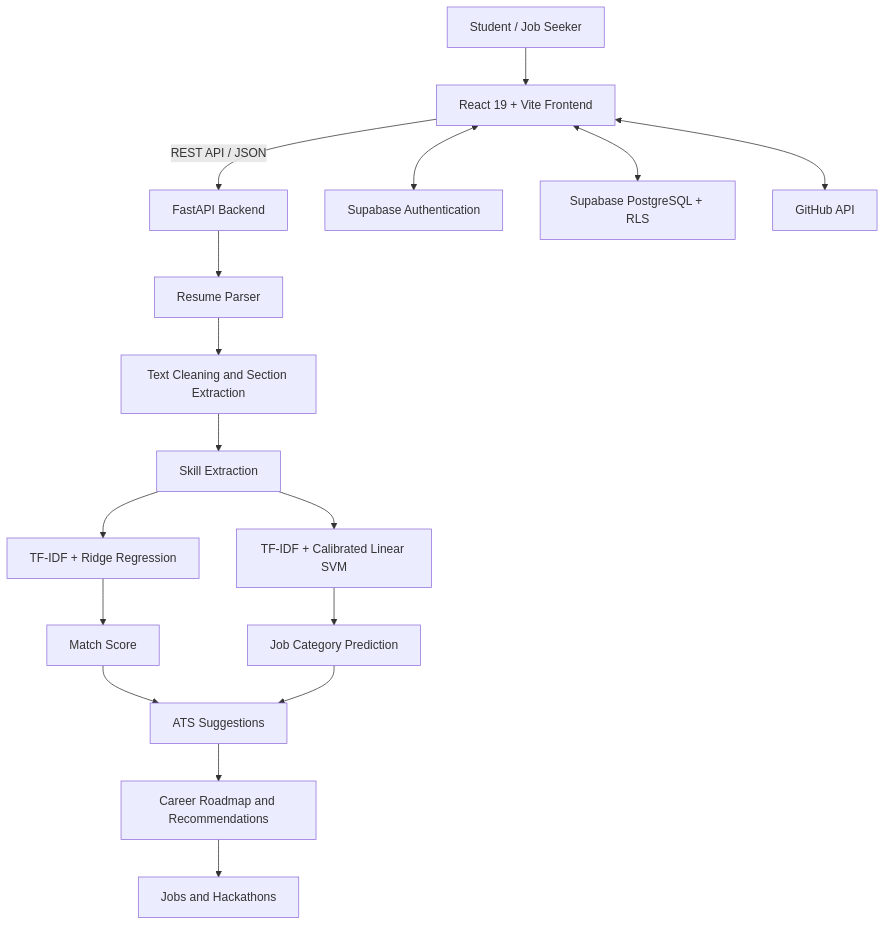
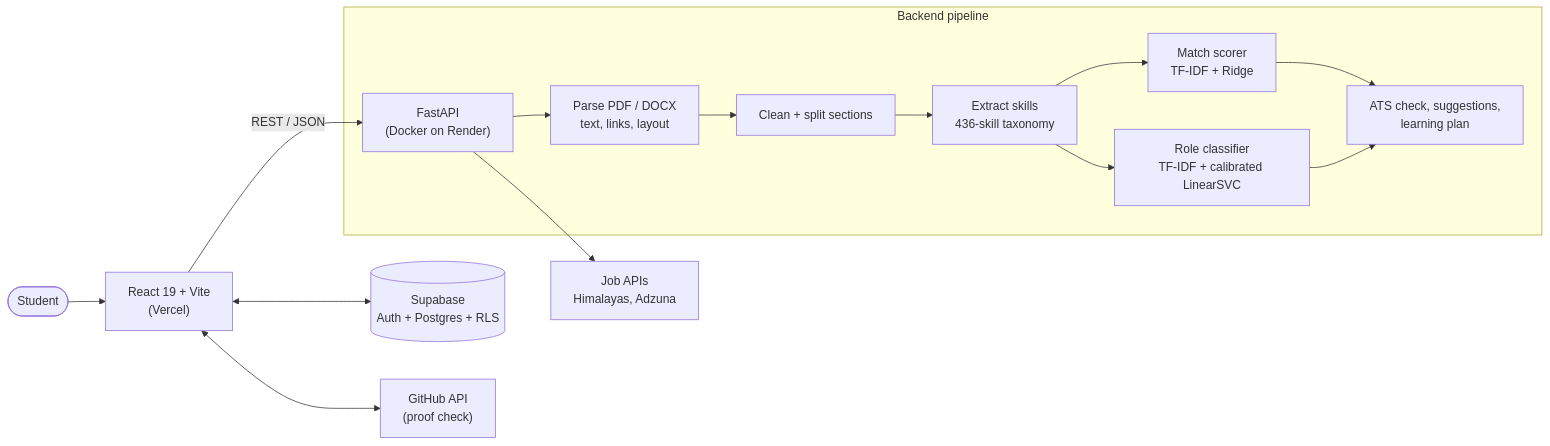
One commit to Suri-618/AI-Resume-Analyzer changed the diagram in README.md. Above: the diagram before and after it, drawn with Mermaid. The commit also changed other lines of this file, not shown here.

````diff
--- a/README.md
+++ b/README.md
@@ -183,27 +76,17 @@
 ```mermaid
-flowchart TD
-    A[Student / Job Seeker]
-
-    A --> B[React 19 + Vite Frontend]
-
-    B -->|REST API / JSON| C[FastAPI Backend]
-    B <--> D[Supabase Authentication]
-    B <--> E[Supabase PostgreSQL + RLS]
-    B <--> F[GitHub API]
-
-    C --> G[Resume Parser]
-    G --> H[Text Cleaning and Section Extraction]
-    H --> I[Skill Extraction]
-
-    I --> J[TF-IDF + Ridge Regression]
-    I --> K[TF-IDF + Calibrated Linear SVM]
-
-    J --> L[Match Score]
-    K --> M[Job Category Prediction]
-
-    L --> N[ATS Suggestions]
-    M --> N
-
-    N --> O[Career Roadmap and Recommendations]
-    O --> P[Jobs and Hackathons]
+flowchart LR
+    U([Student]) --> FE["React 19 + Vite<br/>(Vercel)"]
+    FE -- "REST / JSON" --> API["FastAPI<br/>(Docker on Render)"]
+    FE <--> SB[("Supabase<br/>Auth + Postgres + RLS")]
+    FE <--> GH["GitHub API<br/>(proof check)"]
+    subgraph Backend pipeline
+      API --> P["Parse PDF / DOCX<br/>text, links, layout"]
+      P --> C[Clean + split sections]
+      C --> S["Extract skills<br/>436-skill taxonomy"]
+      S --> M["Match scorer<br/>TF-IDF + Ridge"]
+      S --> R["Role classifier<br/>TF-IDF + calibrated LinearSVC"]
+      M --> A["ATS check, suggestions,<br/>learning plan"]
+      R --> A
+    end
+    API --> J["Job APIs<br/>Himalayas, Adzuna"]
 ```
````
